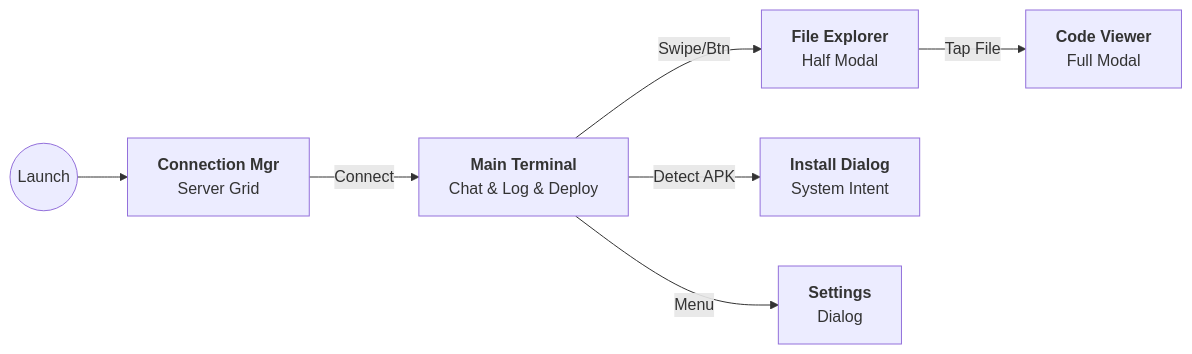
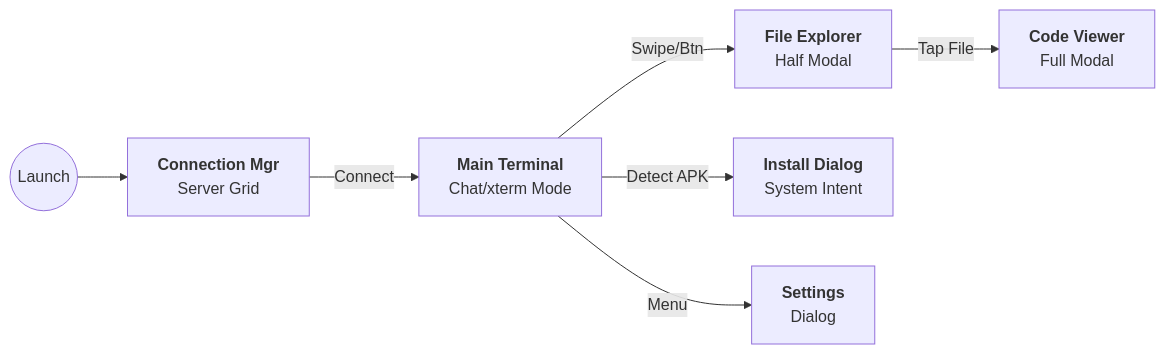
One commit to isseikz/Puzzroom changed the second of 2 diagrams in mobile-vibe-terminal/docs/DesignDocument.md. Above: the diagram before and after it, drawn with Mermaid. The commit also changed other lines of this file, not shown here.

````diff
--- a/mobile-vibe-terminal/docs/DesignDocument.md
+++ b/mobile-vibe-terminal/docs/DesignDocument.md
@@ -83,13 +79,13 @@
 ```mermaid
 graph LR
     Launch((Launch)) --> Connection[<b>Connection Mgr</b><br>Server Grid]
-    Connection -->|Connect| Terminal[<b>Main Terminal</b><br>Chat & Log & Deploy]
+    Connection -->|Connect| Terminal[<b>Main Terminal</b><br>Chat/xterm Mode]
     
     Terminal -->|Swipe/Btn| FileSheet[<b>File Explorer</b><br>Half Modal]
     FileSheet -->|Tap File| CodeSheet[<b>Code Viewer</b><br>Full Modal]
     
     Terminal -->|Detect APK| InstallDialog[<b>Install Dialog</b><br>System Intent]
     
     Terminal -->|Menu| Settings[<b>Settings</b><br>Dialog]
 
 ```
````
